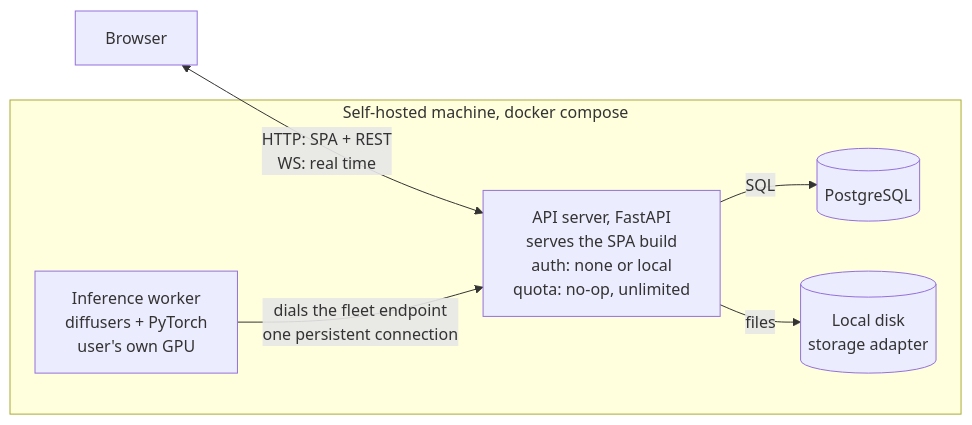
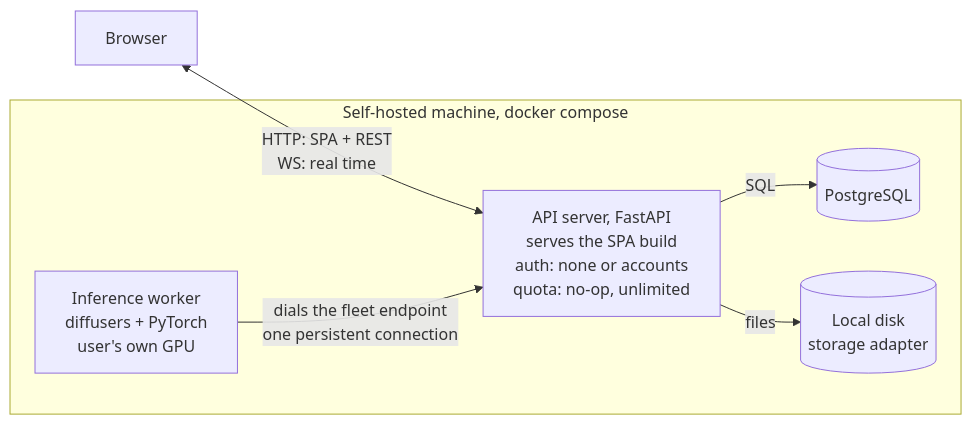
One commit to Portocolom-Studio/potocolom changed the first of 16 diagrams in docs/architecture.md. Above: the diagram before and after it, drawn with Mermaid. The commit also changed other lines of this file and 5 other files, not shown here.

````diff
--- a/docs/architecture.md
+++ b/docs/architecture.md
@@ -57,14 +57,14 @@
 ```mermaid
 flowchart LR
     B["Browser"]
     subgraph H["Self-hosted machine, docker compose"]
-        A["API server, FastAPI<br>serves the SPA build<br>auth: none or local<br>quota: no-op, unlimited"]
+        A["API server, FastAPI<br>serves the SPA build<br>auth: none or accounts<br>quota: no-op, unlimited"]
         P[("PostgreSQL")]
         D[("Local disk<br>storage adapter")]
         W["Inference worker<br>diffusers + PyTorch<br>user's own GPU"]
     end
     B <-->|"HTTP: SPA + REST<br>WS: real time"| A
     A -->|"SQL"| P
     A -->|"files"| D
     W -->|"dials the fleet endpoint<br>one persistent connection"| A
 ```
````
